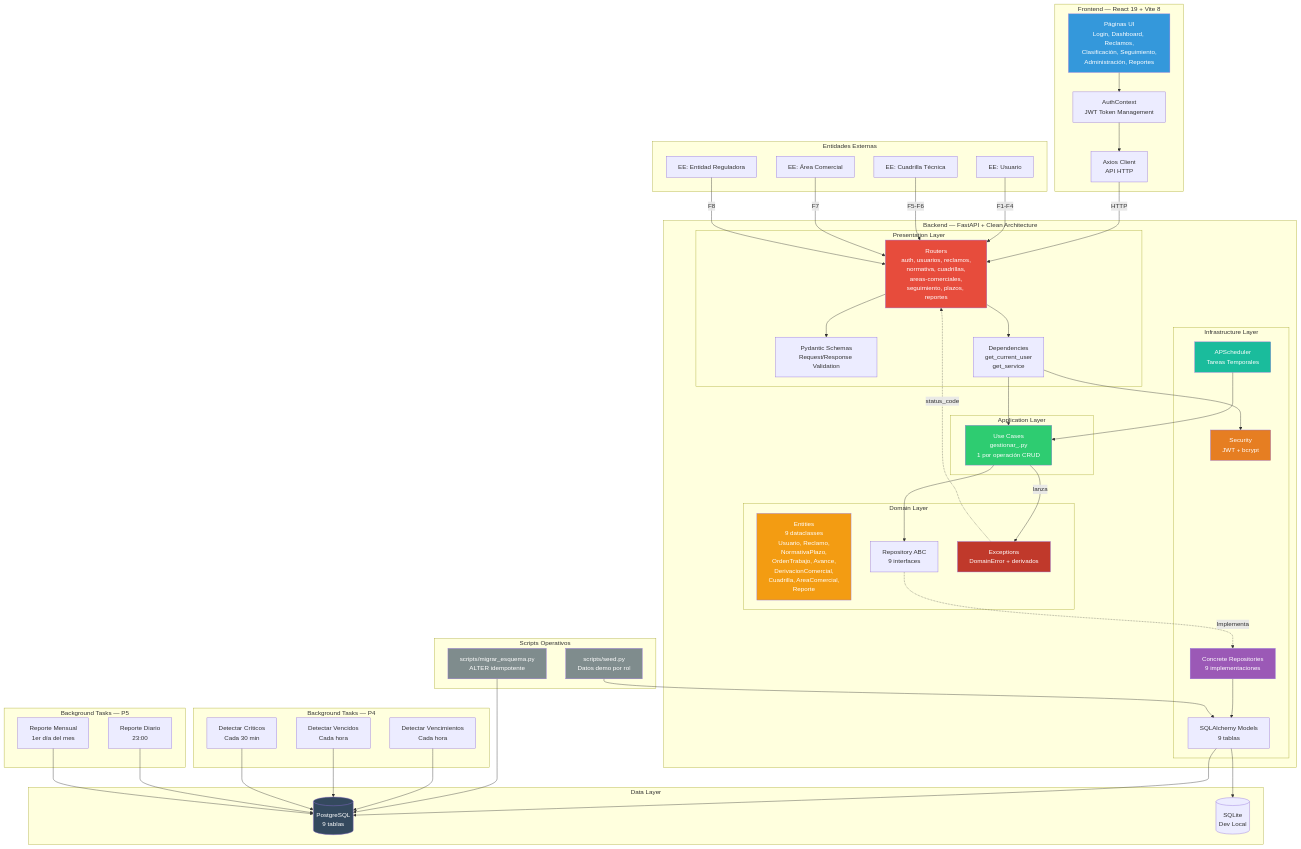
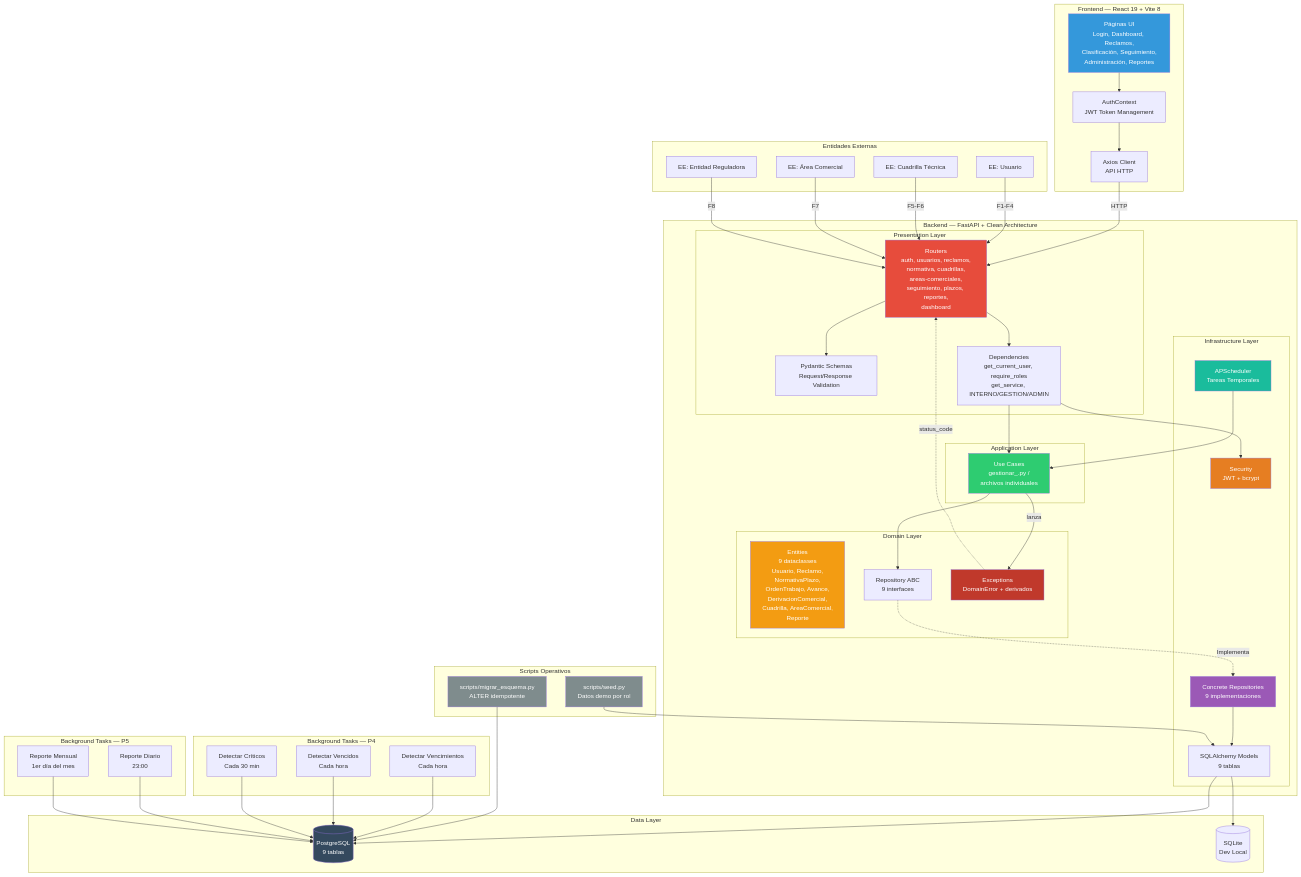
One commit to RafaelReyes0816/atencion-reclamos-serv-basic-backend changed the first of 5 diagrams in docs/ARQUITECTURA.md. Above: the diagram before and after it, drawn with Mermaid. The commit also changed other lines of this file and 1 other file, not shown here.

Commit message:
docs: Actualizar AGENTS.md y ARQUITECTURA.md con roles, tests y endpoints nuevos

```diff
--- a/docs/ARQUITECTURA.md
+++ b/docs/ARQUITECTURA.md
@@ -12,13 +12,13 @@
 
     subgraph "Backend — FastAPI + Clean Architecture"
         subgraph "Presentation Layer"
-            Routes[Routers<br/>auth, usuarios, reclamos,<br/>normativa, cuadrillas,<br/>areas-comerciales,<br/>seguimiento, plazos, reportes]
+            Routes[Routers<br/>auth, usuarios, reclamos,<br/>normativa, cuadrillas,<br/>areas-comerciales,<br/>seguimiento, plazos, reportes,<br/>dashboard]
             Schemas[Pydantic Schemas<br/>Request/Response Validation]
-            Dependencies[Dependencies<br/>get_current_user<br/>get_service]
+            Dependencies[Dependencies<br/>get_current_user, require_roles<br/>get_service, INTERNO/GESTION/ADMIN]
         end
 
         subgraph "Application Layer"
-            UseCases[Use Cases<br/>gestionar_<entidad>.py<br/>1 por operación CRUD]
+            UseCases[Use Cases<br/>gestionar_<entidad>.py /<br/>archivos individuales]
         end
 
         subgraph "Domain Layer"
```
